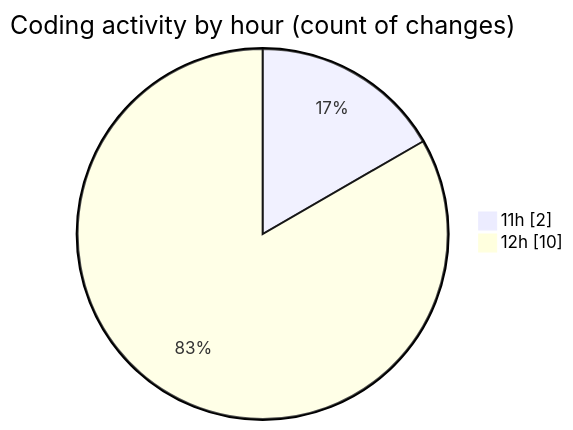
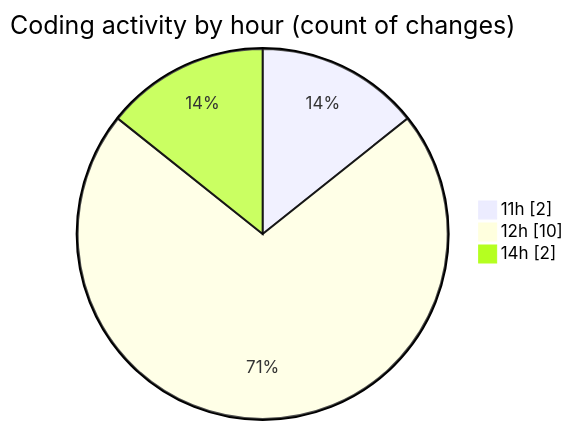
The second of 2 diagrams in 2026-07-13/wp-content/README.md (debugP/code-tracking), drawn with Mermaid before and after one commit. The commit also changed other lines of this file and 1 other file, not shown here.

````diff
--- a/2026-07-13/wp-content/README.md
+++ b/2026-07-13/wp-content/README.md
@@ -28,6 +30,7 @@
 ```mermaid
 pie showData
 title Coding activity by hour (count of changes)
 "11h" : 2
 "12h" : 10
+"14h" : 2
 ```
````
